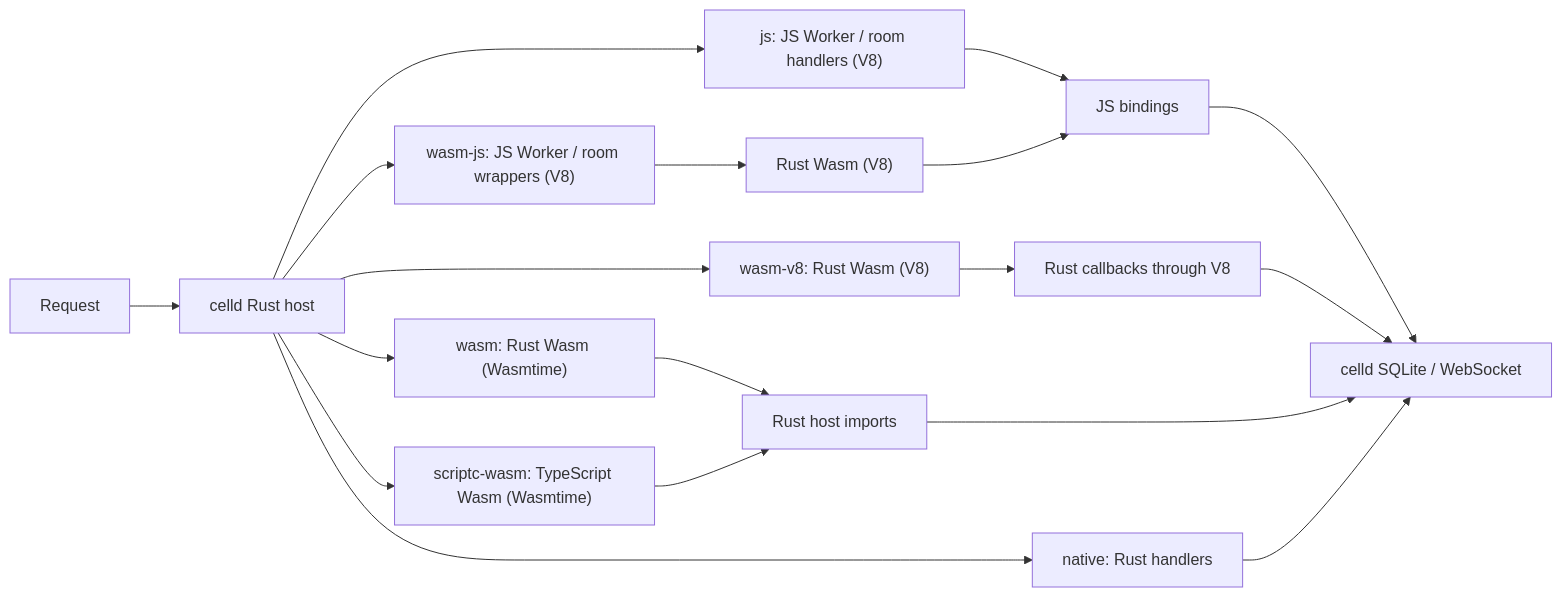
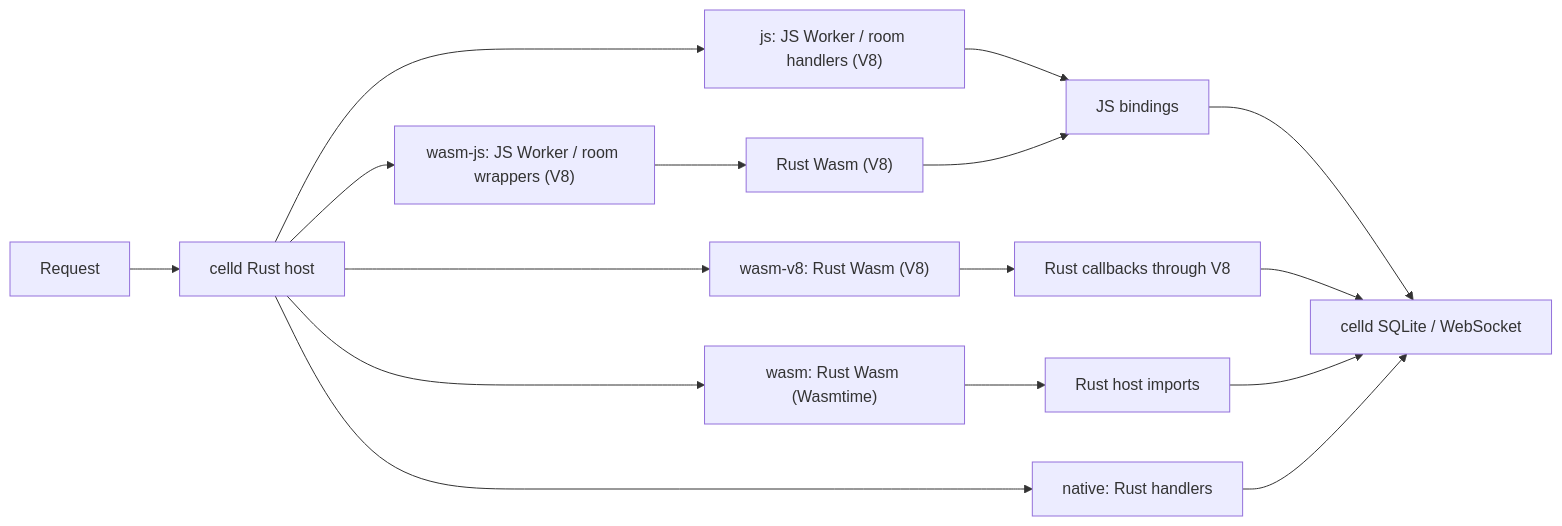
The diagram in README.md (hyfdev/celld-campfire-bench), drawn with Mermaid before and after one commit. The commit also changed other lines of this file and 53 other files, not shown here.

````diff
--- a/README.md
+++ b/README.md
@@ -98,16 +74,15 @@
 ```mermaid
 flowchart LR
     REQUEST["Request"] --> HOST["celld Rust host"]
     HOST --> JS["js: JS Worker / room handlers (V8)"]
     JS --> JSAPI["JS bindings"]
     HOST --> SHIM["wasm-js: JS Worker / room wrappers (V8)"]
     SHIM --> WASMJS["Rust Wasm (V8)"] --> JSAPI
     HOST --> WASMV8["wasm-v8: Rust Wasm (V8)"] --> CALLBACKS["Rust callbacks through V8"]
     HOST --> WASMTIME["wasm: Rust Wasm (Wasmtime)"] --> IMPORTS["Rust host imports"]
-    HOST --> SCRIPTC["scriptc-wasm: TypeScript Wasm (Wasmtime)"] --> IMPORTS
     HOST --> NATIVE["native: Rust handlers"]
     JSAPI --> STORE["celld SQLite / WebSocket"]
     CALLBACKS --> STORE
     IMPORTS --> STORE
     NATIVE --> STORE
 ```
````
